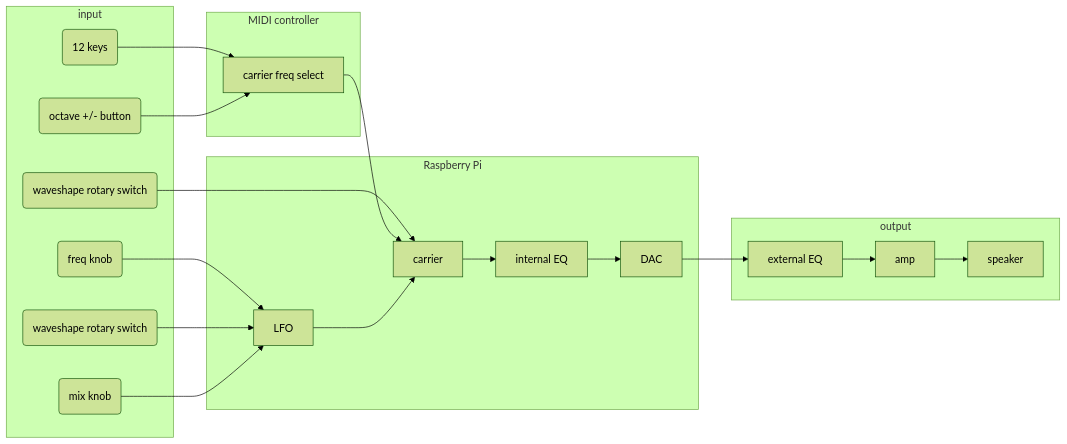
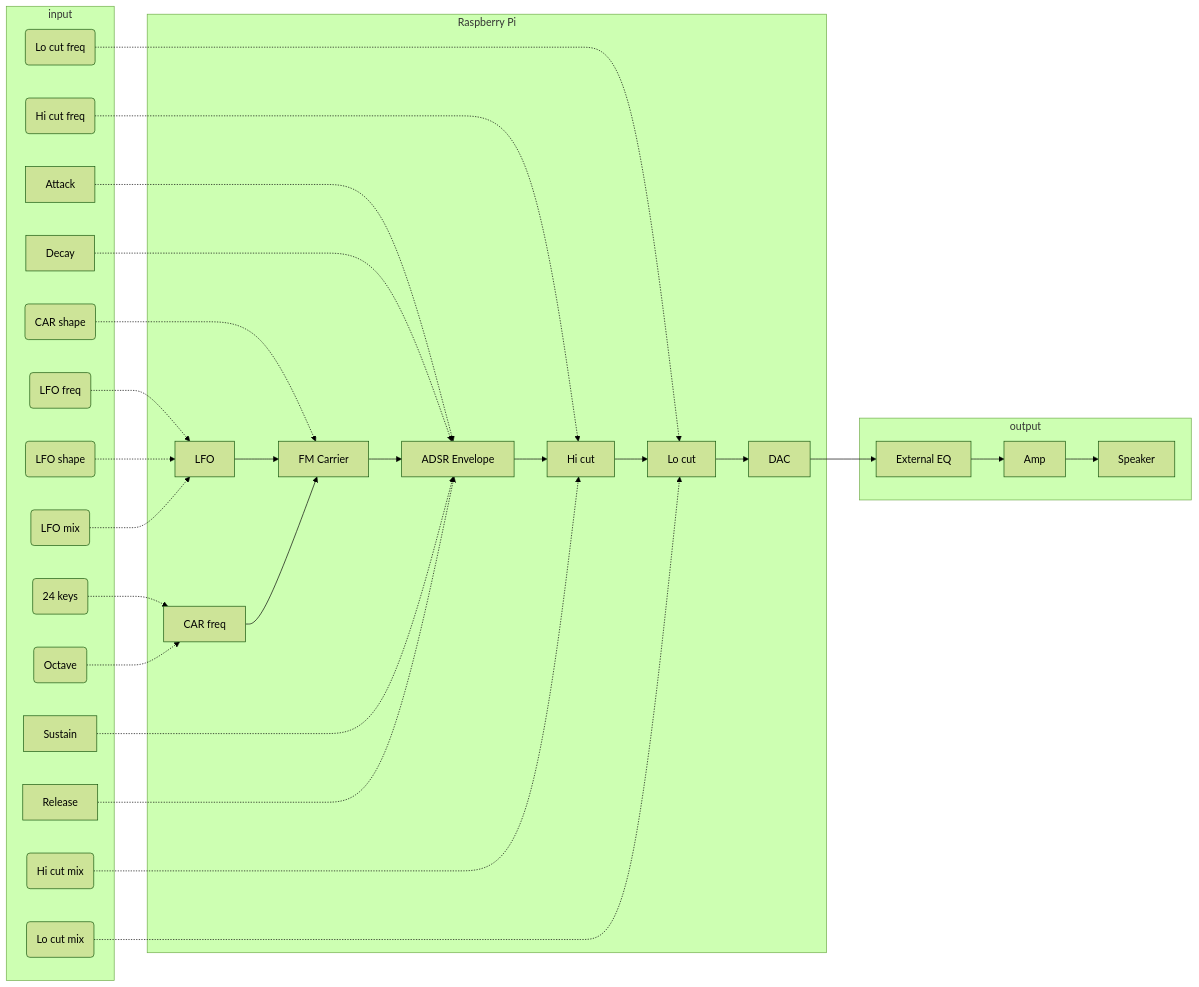
One commit to aryadaroui/Synthesizer changed the first of 2 diagrams in README.md. Above: the diagram before and after it, drawn with Mermaid (forest theme). The commit also changed other lines of this file and 1 other file, not shown here.

Commit message:
Added Gantt chart which will hopefully work. Added proposal pdf

````diff
--- a/README.md
+++ b/README.md
@@ -66,42 +64,62 @@
 ```mermaid
 graph LR
-	freqLFO(freq knob)-->LFO[LFO]
-	waveLFO(waveshape rotary switch) --> LFO
-	mixLFO(mix knob) --> LFO
+	freqLFO(LFO freq)-.->LFO[LFO]
+	waveLFO(LFO shape) -.-> LFO
+	mixLFO(LFO mix) -.-> LFO
 	
-	keys(12 keys) --> freqCarrier[carrier freq select]
-	octave(octave +/- button) --> freqCarrier
+	keys(24 keys) -.-> freqCarrier[CAR freq]
+	octave(Octave) -.-> freqCarrier
 	
-	waveGen(waveshape rotary switch) --> carrier
-	freqCarrier --> carrier
+	waveGen(CAR shape) -.-> Carrier[FM Carrier]
 	
-	LFO --> carrier
-	carrier --> intEQ[internal EQ]
-	intEQ --> DAC
+	hiFreq(Hi cut freq) -.-> hiCut[Hi cut]
+	ADSR --> hiCut
+	hiMix(Hi cut mix ) -.-> hiCut
+	loFreq(Lo cut freq ) -.-> loCut[Lo cut]
+	hiCut --> loCut
+	loMix(Lo cut mix ) -.-> loCut
+	
+	LFO --> Carrier
+	freqCarrier --> Carrier
+	
+	Attack -.-> ADSR
+	Decay -.-> ADSR
+	Carrier --> ADSR[ADSR Envelope]
+	Sustain -.-> ADSR
+	Release -.-> ADSR
+
+	loCut --> DAC
     DAC --> extEQ
 
 	subgraph input
 	freqLFO
 	waveLFO
 	mixLFO
 	keys
 	octave
 	waveGen
+	hiFreq
+	hiMix
+	loFreq
+	loMix
+	Attack
+	Decay
+	Sustain
+	Release
 	end
 	
 	subgraph Raspberry Pi
 	LFO
-	carrier
-	intEQ
+	Carrier
 	DAC
-	end
-	
-	subgraph MIDI controller
+	ADSR
+	hiCut
+	loCut
 	freqCarrier
 	end
 	
 	subgraph output
-	amp --> speaker
-	extEQ[external EQ] --> amp
+	Amp --> Speaker
+	extEQ[External EQ] --> Amp
 	end
 ```
````
